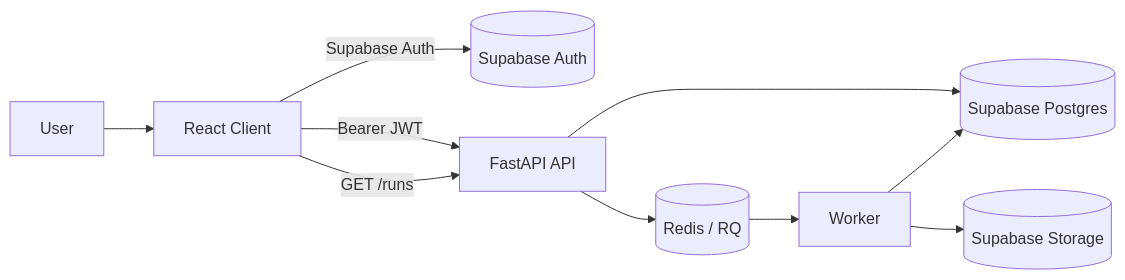
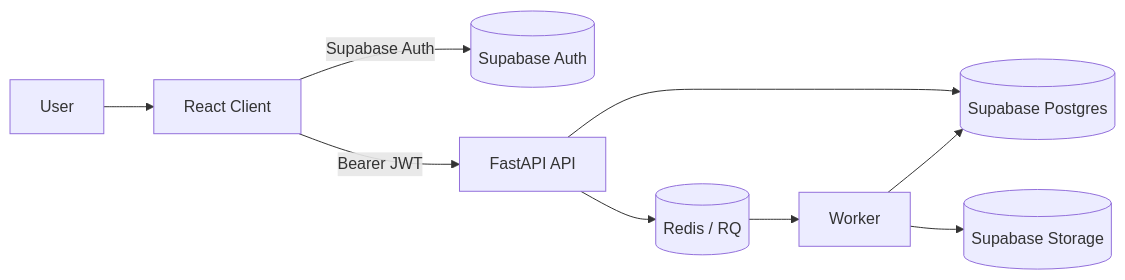
Before and after one commit to Aryan1718/ASTAP: the diagram in README.md, drawn with Mermaid. The commit also changed other lines of this file and 40 other files, not shown here.

````diff
--- a/README.md
+++ b/README.md
@@ -101,12 +48,11 @@
 ```mermaid
 flowchart LR
   U[User] --> C[React Client]
-  C -->|Supabase Auth| SAuth[(Supabase Auth)]
+  C -->|Supabase Auth| SA[(Supabase Auth)]
   C -->|Bearer JWT| API[FastAPI API]
   API --> DB[(Supabase Postgres)]
   API --> RQ[(Redis / RQ)]
   RQ --> W[Worker]
   W --> DB
   W --> ST[(Supabase Storage)]
-  C -->|GET /runs| API
 ```
````
